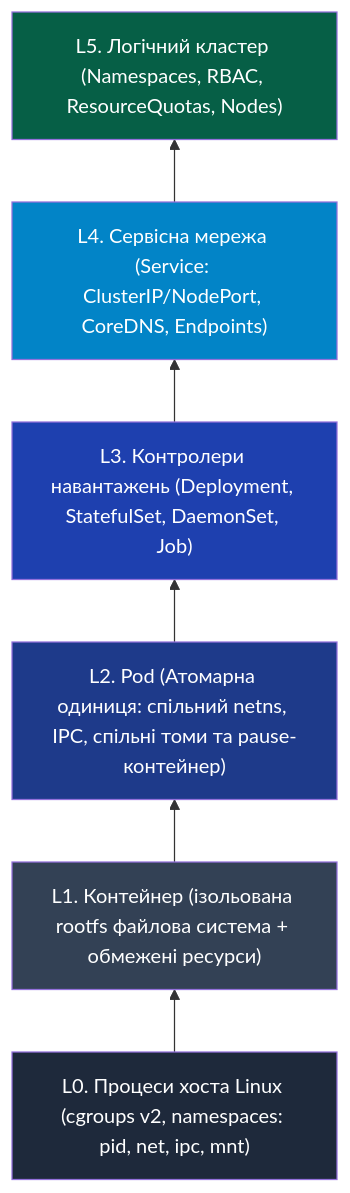
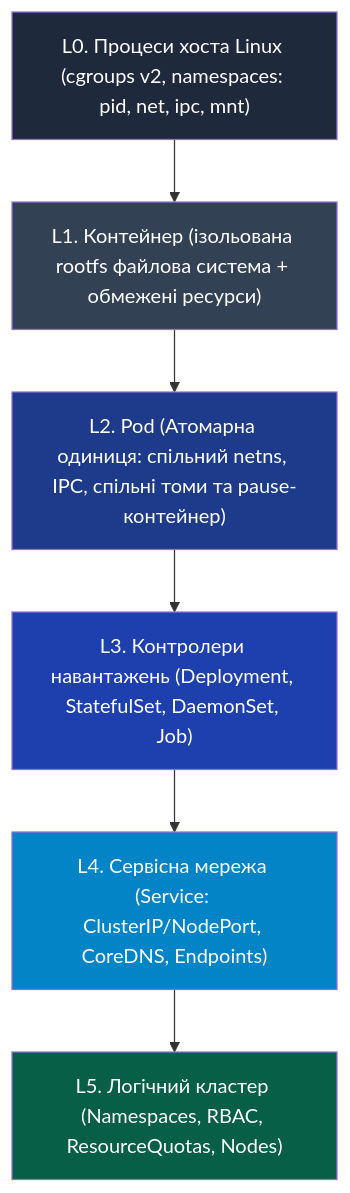
One commit to vplanto/cloud_grid changed the first of 3 diagrams in docs/07_k8s_orchestration_prerequisites.md. Above: the diagram before and after it, drawn with Mermaid. The commit also changed other lines of this file, not shown here.

````diff
--- a/docs/07_k8s_orchestration_prerequisites.md
+++ b/docs/07_k8s_orchestration_prerequisites.md
@@ -11,22 +11,22 @@
 ```mermaid
-flowchart BT
+flowchart TD
     L0["L0. Процеси хоста Linux (cgroups v2, namespaces: pid, net, ipc, mnt)"]
     L1["L1. Контейнер (ізольована rootfs файлова система + обмежені ресурси)"]
     L2["L2. Pod (Атомарна одиниця: спільний netns, IPC, спільні томи та pause-контейнер)"]
     L3["L3. Контролери навантажень (Deployment, StatefulSet, DaemonSet, Job)"]
     L4["L4. Сервісна мережа (Service: ClusterIP/NodePort, CoreDNS, Endpoints)"]
     L5["L5. Логічний кластер (Namespaces, RBAC, ResourceQuotas, Nodes)"]
 
     L0 --> L1
     L1 --> L2
     L2 --> L3
     L3 --> L4
     L4 --> L5
 
     style L0 fill:#1e293b,color:#fff
     style L1 fill:#334155,color:#fff
     style L2 fill:#1e3a8a,color:#fff
     style L3 fill:#1e40af,color:#fff
     style L4 fill:#0284c7,color:#fff
     style L5 fill:#065f46,color:#fff
 ```
````
